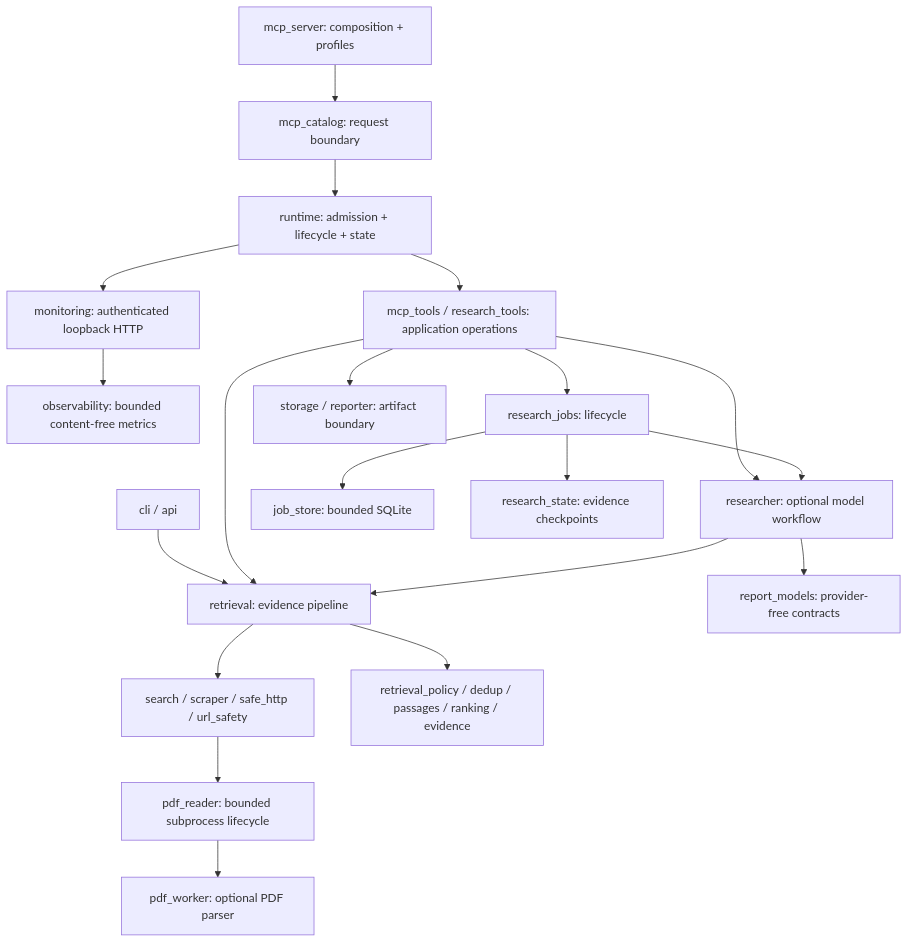
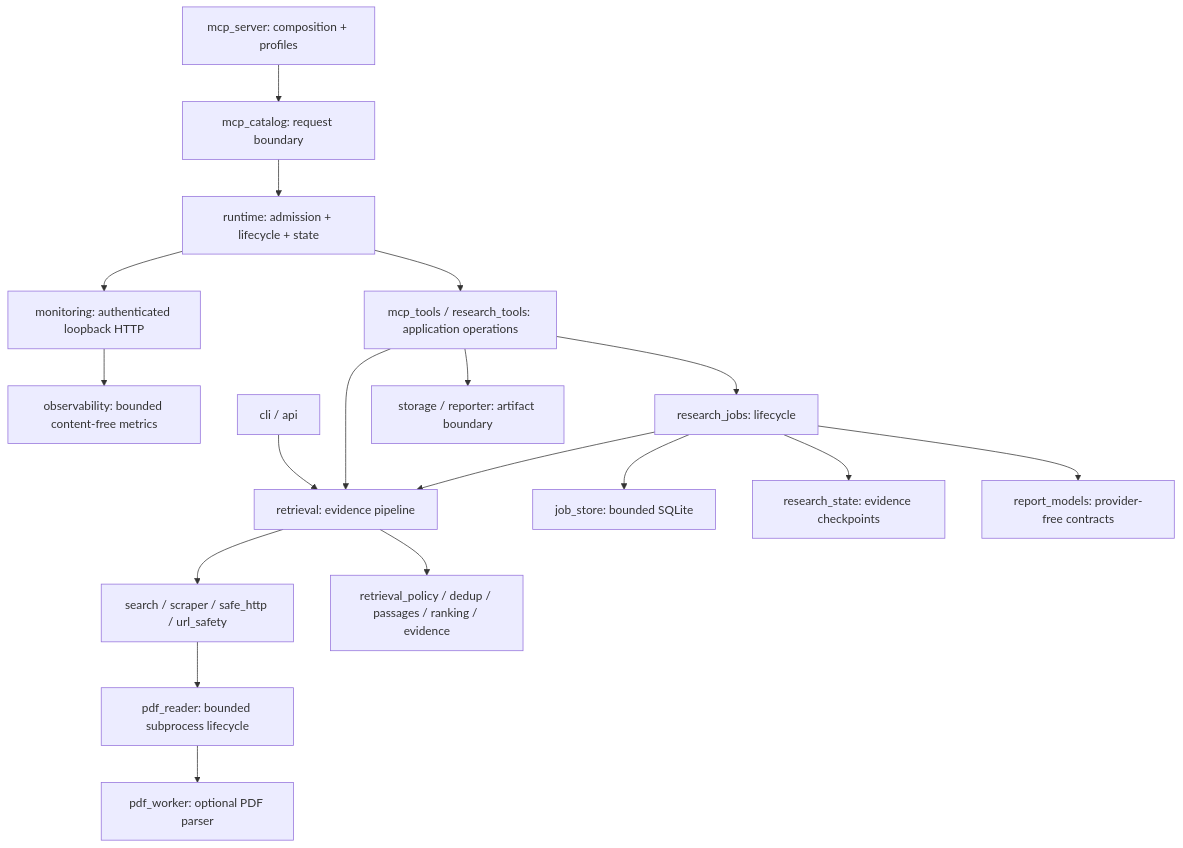
Before and after one commit to chriswu727/sibyl: the diagram in docs/MCP_ARCHITECTURE.md, drawn with Mermaid. The commit also changed other lines of this file and 66 other files, not shown here.

````diff
--- a/docs/MCP_ARCHITECTURE.md
+++ b/docs/MCP_ARCHITECTURE.md
@@ -10,22 +10,20 @@
 ```mermaid
 flowchart TD
     MCP[mcp_server: composition + profiles] --> CAT[mcp_catalog: request boundary]
     CAT --> RT[runtime: admission + lifecycle + state]
     RT --> TOOLS[mcp_tools / research_tools: application operations]
     RT --> MON[monitoring: authenticated loopback HTTP]
     MON --> MET[observability: bounded content-free metrics]
     CLI[cli / api] --> RET[retrieval: evidence pipeline]
     TOOLS --> RET
     RET --> NET[search / scraper / safe_http / url_safety]
     NET --> PDF[pdf_reader: bounded subprocess lifecycle]
     PDF --> PARSER[pdf_worker: optional PDF parser]
     RET --> PURE[retrieval_policy / dedup / passages / ranking / evidence]
-    TOOLS --> OPT[researcher: optional model workflow]
     TOOLS --> JOB[research_jobs: lifecycle]
     JOB --> DB[job_store: bounded SQLite]
     JOB --> STATE[research_state: evidence checkpoints]
-    JOB --> OPT
-    OPT --> RET
-    OPT --> MODELS[report_models: provider-free contracts]
+    JOB --> RET
+    JOB --> MODELS[report_models: provider-free contracts]
     TOOLS --> STORE[storage / reporter: artifact boundary]
 ```
````
